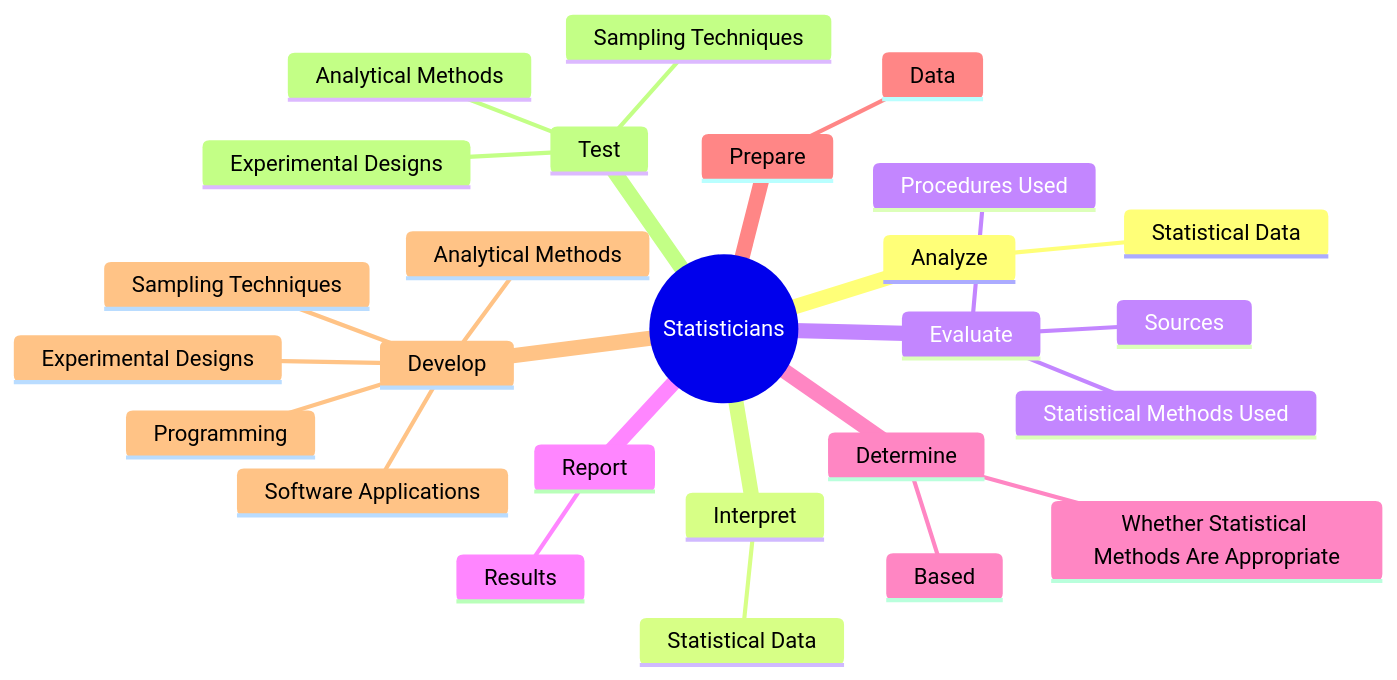
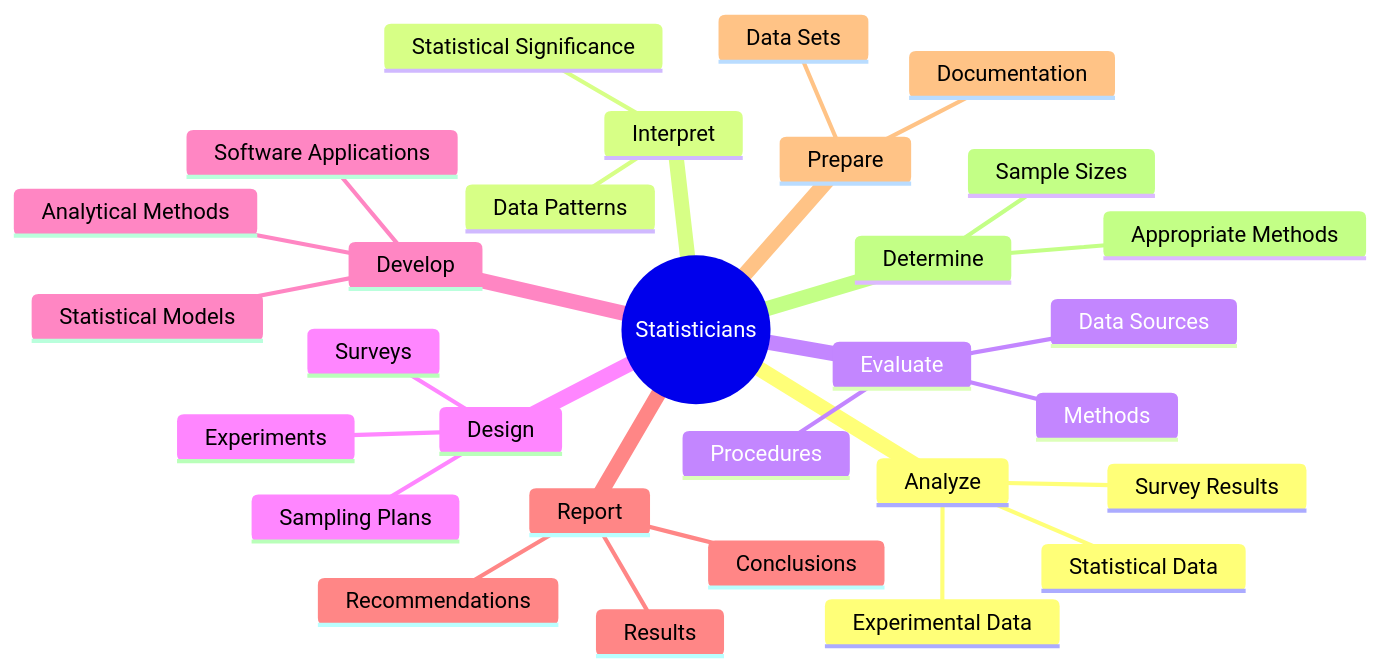
One commit to kziemski/business.org.ai changed the second of 4 diagrams in occupations/Technology/Statisticians.mdx. Above: the diagram before and after it, drawn with Mermaid. The commit also changed other lines of this file and 938 other files, not shown here.

````diff
--- a/occupations/Technology/Statisticians.mdx
+++ b/occupations/Technology/Statisticians.mdx
@@ -38,29 +46,33 @@
 ```mermaid
 mindmap
     root(("Statisticians"))
         Analyze
             Statistical Data
+            Survey Results
+            Experimental Data
         Interpret
-            Statistical Data
+            Data Patterns
+            Statistical Significance
         Evaluate
-            Statistical Methods Used
-            Procedures Used
-            Sources
+            Methods
+            Procedures
+            Data Sources
+        Design
+            Experiments
+            Surveys
+            Sampling Plans
+        Develop
+            Statistical Models
+            Analytical Methods
+            Software Applications
         Report
             Results
+            Conclusions
+            Recommendations
+        Prepare
+            Data Sets
+            Documentation
         Determine
-            Whether Statistical Methods Are Appropriate
-            Based
-        Prepare
-            Data
-        Develop
-            Experimental Designs
-            Sampling Techniques
-            Analytical Methods
-            Software Applications
-            Programming
-        Test
-            Experimental Designs
-            Sampling Techniques
-            Analytical Methods
+            Appropriate Methods
+            Sample Sizes
 ```
````
